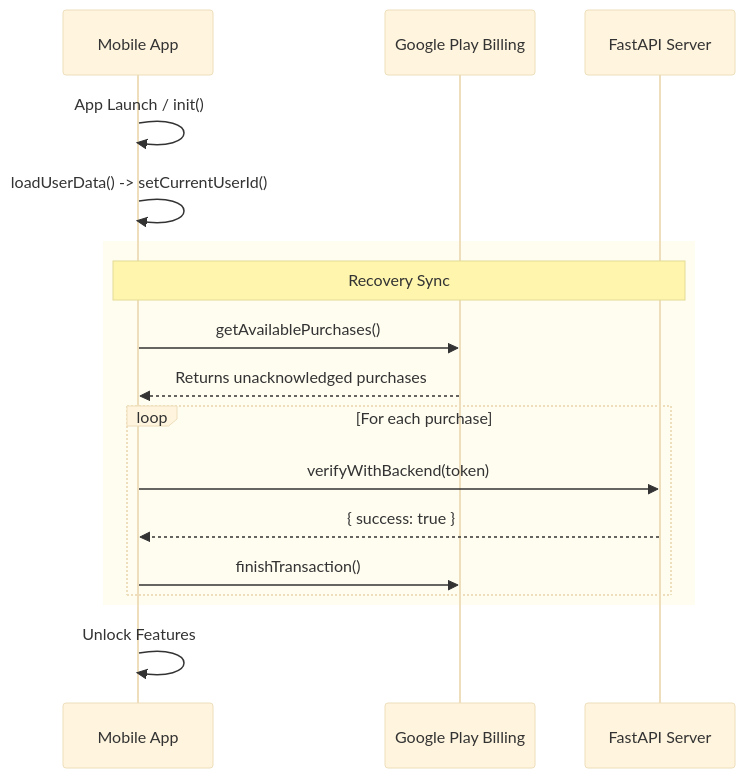
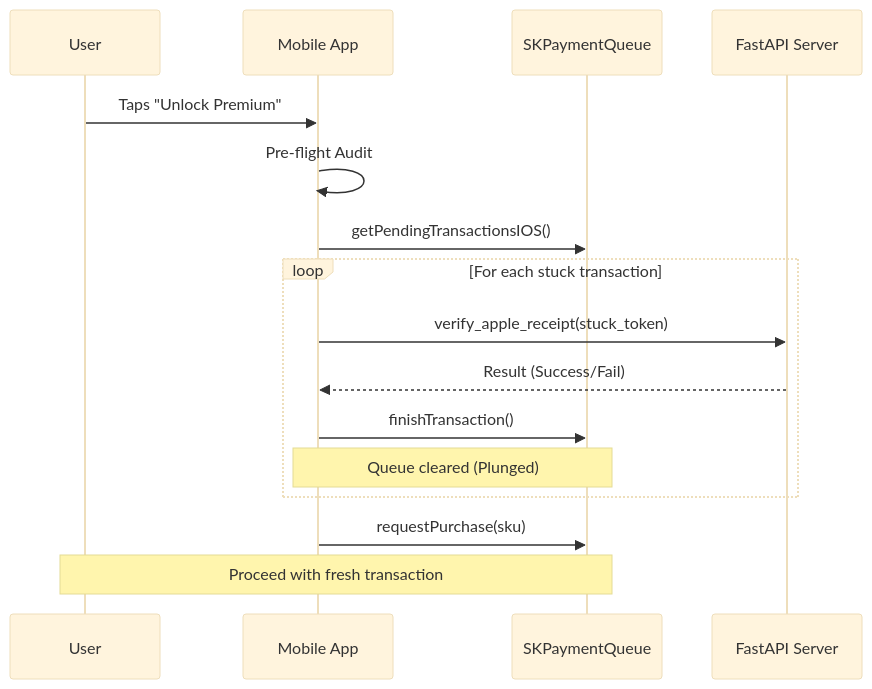
Before and after one commit to joshuatochinwachi/HollowScan-Mobile-App: the third of 6 diagrams in README.md, drawn with Mermaid (base theme). The commit also changed other lines of this file, not shown here.

````diff
--- a/README.md
+++ b/README.md
@@ -148,22 +271,21 @@
 ```mermaid
 sequenceDiagram
+    participant User
     participant App as Mobile App
-    participant Google as Google Play Billing
+    participant Queue as SKPaymentQueue
     participant Backend as FastAPI Server
 
-    App->>App: App Launch / init()
-    App->>App: loadUserData() -> setCurrentUserId()
+    User->>App: Taps "Unlock Premium"
+    App->>App: Pre-flight Audit
+    App->>Queue: getPendingTransactionsIOS()
     
-    rect rgb(255, 252, 240)
-    Note over App,Backend: Recovery Sync
-    App->>Google: getAvailablePurchases()
-    Google-->>App: Returns unacknowledged purchases
-    loop For each purchase
-        App->>Backend: verifyWithBackend(token)
-        Backend-->>App: { success: true }
-        App->>Google: finishTransaction()
+    loop For each stuck transaction
+        App->>Backend: verify_apple_receipt(stuck_token)
+        Backend-->>App: Result (Success/Fail)
+        App->>Queue: finishTransaction()
+        Note over App,Queue: Queue cleared (Plunged)
     end
-    end
-    
-    App->>App: Unlock Features
+
+    App->>Queue: requestPurchase(sku)
+    Note over User,Queue: Proceed with fresh transaction
 ```
````
